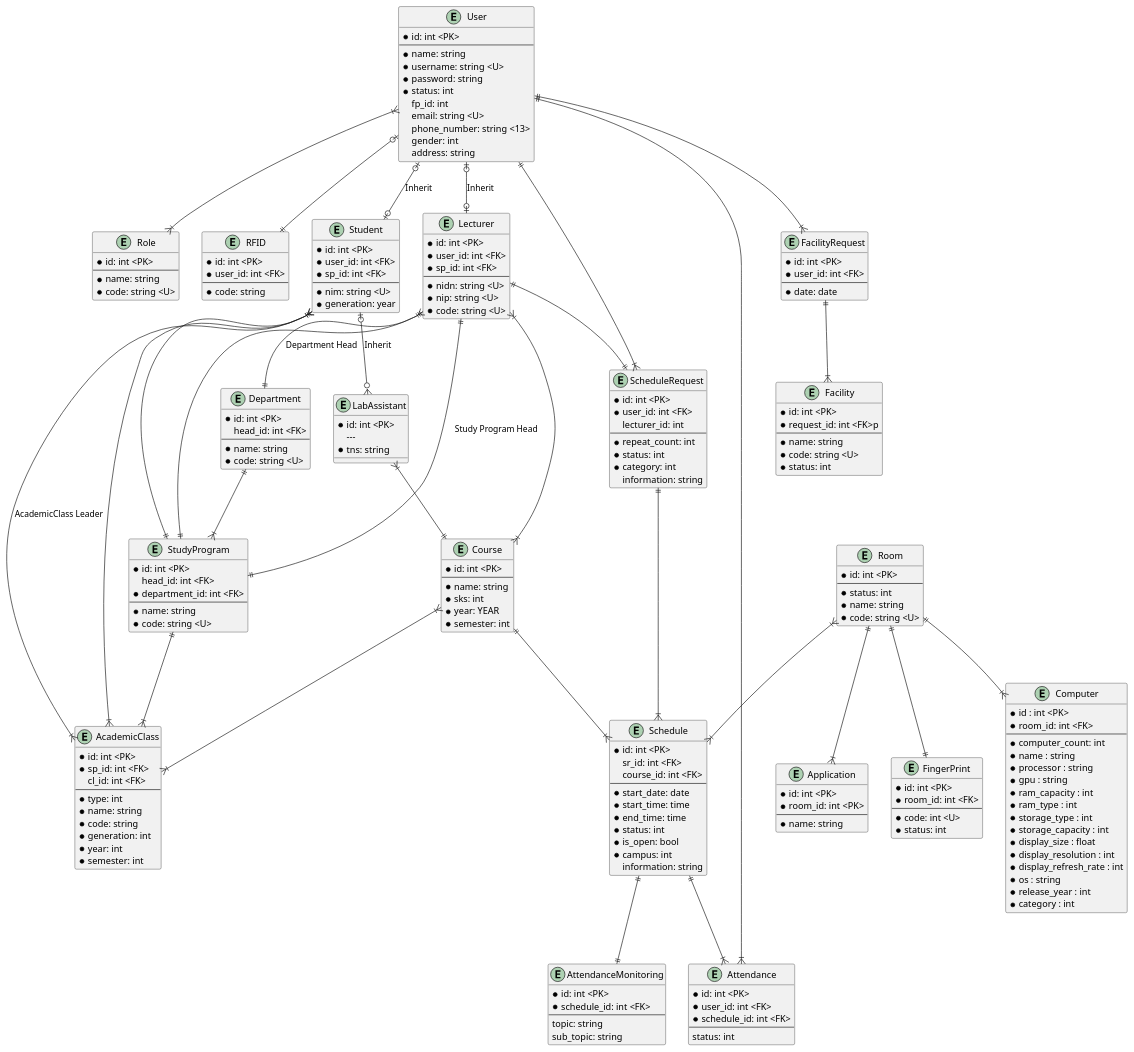
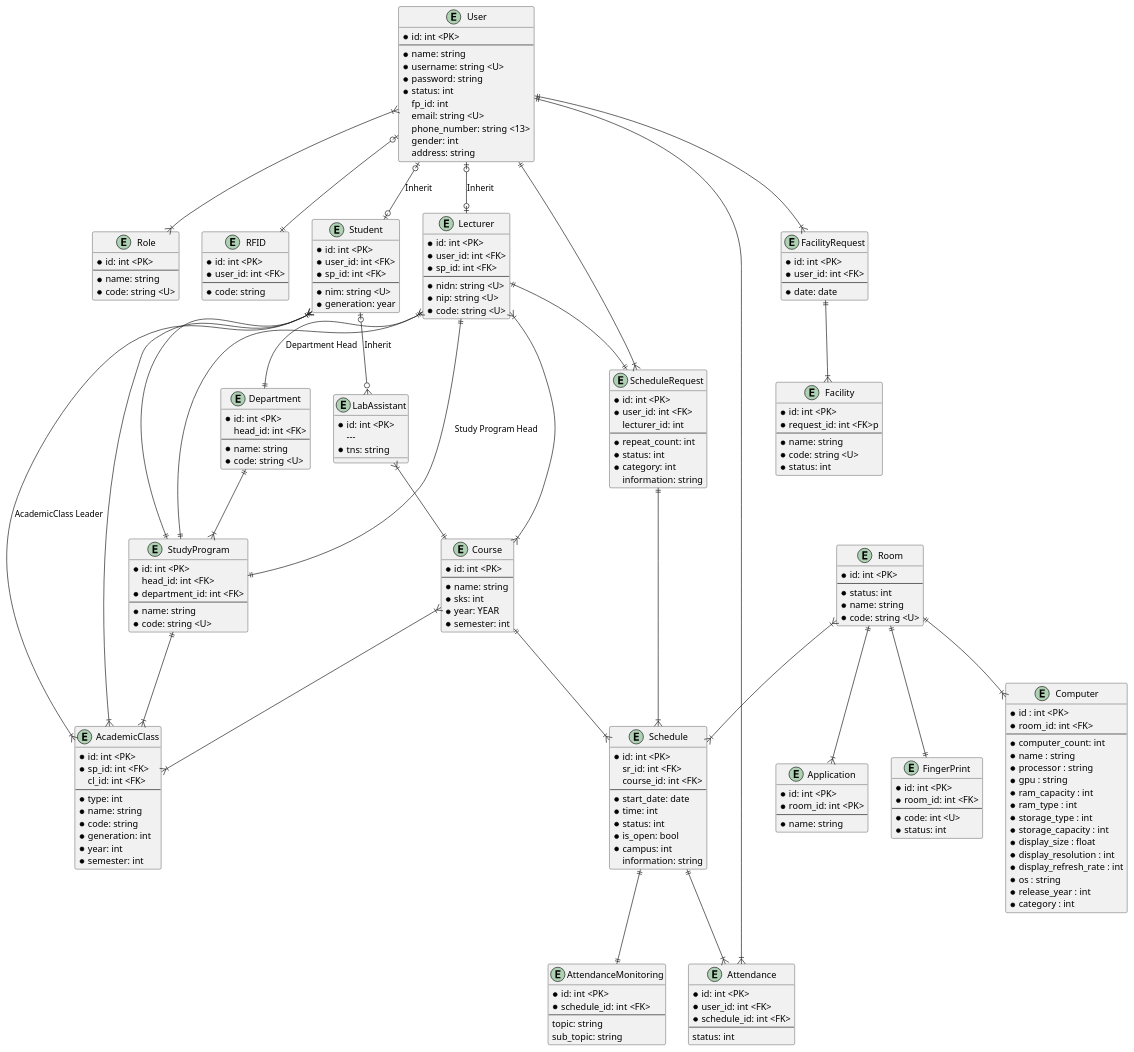
The diagram in docs/erd.plantuml (codebaradev/Simlab), drawn with PlantUML before and after one commit. The commit also changed 11 other files, not shown here.

```diff
--- a/docs/erd.plantuml
+++ b/docs/erd.plantuml
@@ -141,8 +141,9 @@
     course_id: int <FK>
     ---
     * start_date: date
-    * start_time: time
-    * end_time: time
+    ' * start_time: time
+    ' * end_time: time
+    * time: int
     * status: int
     * is_open: bool
     * campus: int
```
